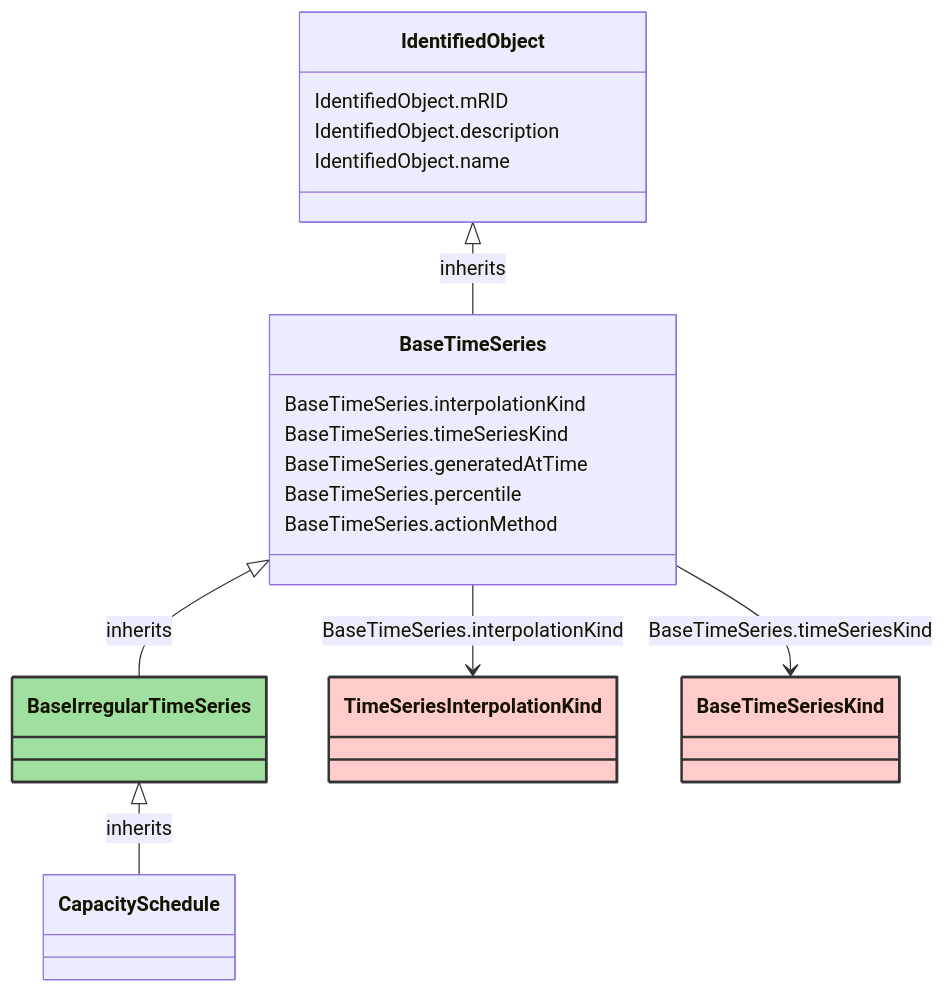
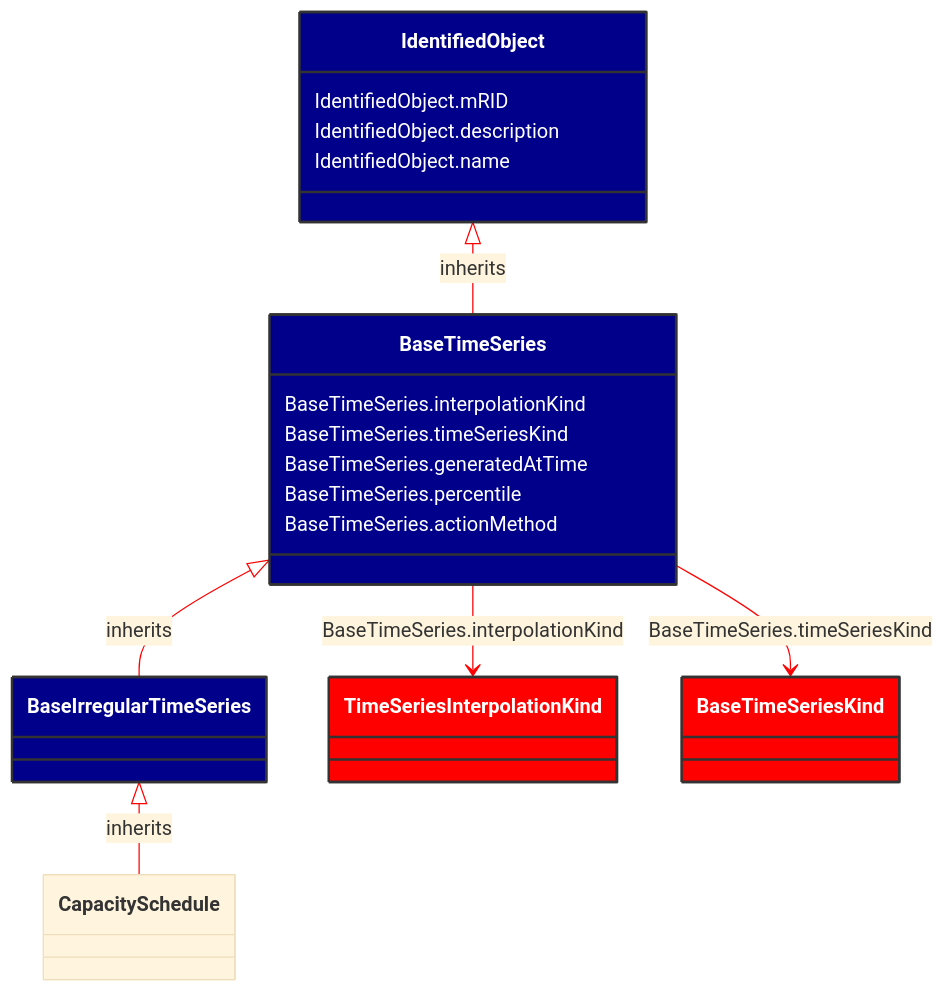
The diagram in docs/Models/Profiles/WattApp/AbstractClasses/BaseIrregularTimeSeries.md (3lbits/NoCIMExtensions), drawn with Mermaid before and after one commit. The commit also changed 16 other files, not shown here.

Commit message:
Fixed mermaid colors and footer issue

````diff
--- a/docs/Models/Profiles/WattApp/AbstractClasses/BaseIrregularTimeSeries.md
+++ b/docs/Models/Profiles/WattApp/AbstractClasses/BaseIrregularTimeSeries.md
@@ -10,43 +10,44 @@
 ```mermaid
+%%{init: {'theme':'base','themeVariables': {'lineColor': '#FF0000'}}}%%
 classDiagram
     class BaseIrregularTimeSeries
     click BaseIrregularTimeSeries href "/Models/Profiles/WattApp/AbstractClasses/BaseIrregularTimeSeries/"
-    style BaseIrregularTimeSeries fill:#9fdf9f,stroke:#333,stroke-width:2px,rx:10,ry:10
+    style BaseIrregularTimeSeries fill:#006400,stroke:#333,stroke-width:2px,rx:10,ry:10,color:white
 
         BaseIrregularTimeSeries <|-- CapacitySchedule : inherits
             click BaseIrregularTimeSeries href "/Models/Profiles/WattApp/AbstractClasses/BaseIrregularTimeSeries/"
-            style BaseIrregularTimeSeries rx:10,ry:10
+            style BaseIrregularTimeSeries fill:#00008B,stroke:#333,stroke-width:2px,rx:10,ry:10,color:white
 
         CapacitySchedule
             click CapacitySchedule href "/Models/Profiles/WattApp/ConcreteClasses/CapacitySchedule/"
-            style CapacitySchedule rx:10,ry:10
+            style BaseIrregularTimeSeries fill:#00008B,stroke:#333,stroke-width:2px,rx:10,ry:10,color:white
 
         BaseTimeSeries <|-- BaseIrregularTimeSeries : inherits
             click BaseTimeSeries href "/Models/Profiles/WattApp/AbstractClasses/BaseTimeSeries/"
-            style BaseTimeSeries rx:10,ry:10
+            style BaseTimeSeries fill:#00008B,stroke:#333,stroke-width:2px,rx:10,ry:10,color:white
 
         IdentifiedObject <|-- BaseTimeSeries : inherits
             click IdentifiedObject href "/Models/Profiles/WattApp/AbstractClasses/IdentifiedObject/"
-            style IdentifiedObject rx:10,ry:10
+            style IdentifiedObject fill:#00008B,stroke:#333,stroke-width:2px,rx:10,ry:10,color:white
 
 
         BaseTimeSeries --> TimeSeriesInterpolationKind : BaseTimeSeries.interpolationKind
 
         TimeSeriesInterpolationKind
             click TimeSeriesInterpolationKind href "/Models/Profiles/WattApp/Enumerations/TimeSeriesInterpolationKind/"
-            style TimeSeriesInterpolationKind fill:#FFCCCB,stroke:#333,stroke-width:2px,rx:10,ry:10
+            style TimeSeriesInterpolationKind fill:#FF0000,stroke:#333,stroke-width:2px,rx:10,ry:10,color:white
         BaseTimeSeries --> BaseTimeSeriesKind : BaseTimeSeries.timeSeriesKind
 
         BaseTimeSeriesKind
             click BaseTimeSeriesKind href "/Models/Profiles/WattApp/Enumerations/BaseTimeSeriesKind/"
-            style BaseTimeSeriesKind fill:#FFCCCB,stroke:#333,stroke-width:2px,rx:10,ry:10
+            style BaseTimeSeriesKind fill:#FF0000,stroke:#333,stroke-width:2px,rx:10,ry:10,color:white
 
         BaseTimeSeries : BaseTimeSeries.interpolationKind
         BaseTimeSeries : BaseTimeSeries.timeSeriesKind
         BaseTimeSeries : BaseTimeSeries.generatedAtTime
         BaseTimeSeries : BaseTimeSeries.percentile
         BaseTimeSeries : BaseTimeSeries.actionMethod
         IdentifiedObject : IdentifiedObject.mRID
         IdentifiedObject : IdentifiedObject.description
         IdentifiedObject : IdentifiedObject.name
 ```
````
